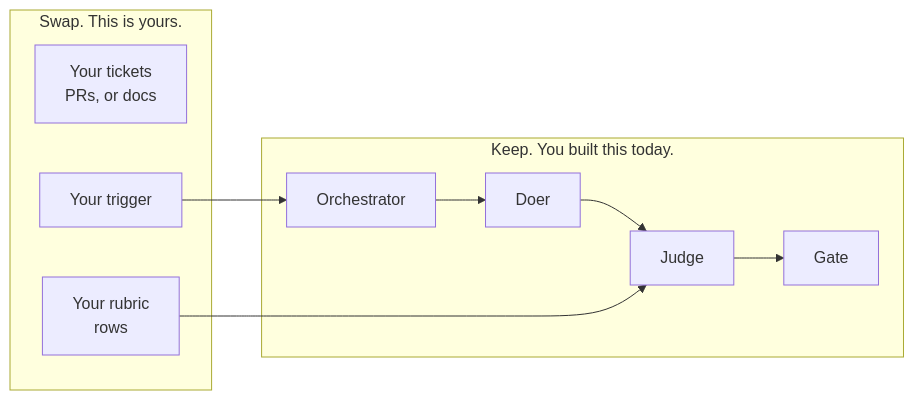
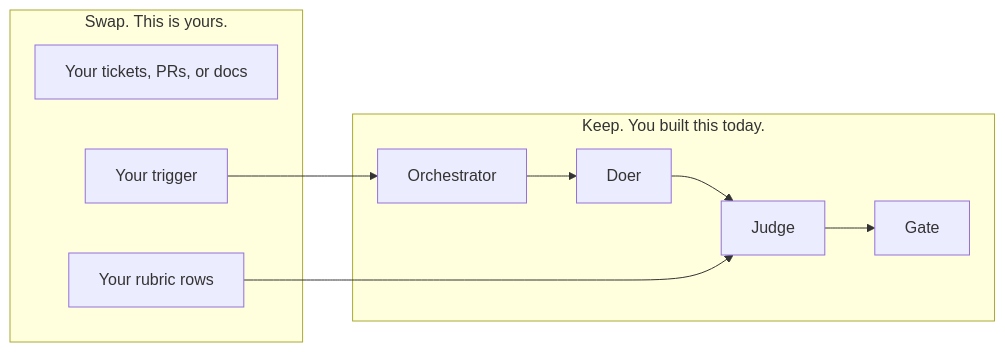
Diagram 19 of 24 in slides/session-4-production-architecture/slides.md (RichardHightower/reliable-agentic-lab), drawn with Mermaid before and after one commit. The commit also changed other lines of this file and 36 other files, not shown here.

First line of the commit message:
Expand Session 4 production architecture slides.

````diff
--- a/slides/session-4-production-architecture/slides.md
+++ b/slides/session-4-production-architecture/slides.md
@@ -241,15 +916,15 @@
 ```mermaid
 flowchart LR
-  subgraph keep [Keep. You built this today.]
-    O[Orchestrator] --> D[Doer]
-    D --> J[Judge]
-    J --> G[Gate]
+  subgraph keep ["Keep. You built this today."]
+    O["Orchestrator"] --> D["Doer"]
+    D --> J["Judge"]
+    J --> G["Gate"]
   end
-  subgraph swap [Swap. This is yours.]
-    Obj[Your tickets<br/>PRs, or docs]
-    Trig[Your trigger]
-    Rub[Your rubric<br/>rows]
+  subgraph swap ["Swap. This is yours."]
+    Obj["Your tickets, PRs, or docs"]
+    Trig["Your trigger"]
+    Rub["Your rubric rows"]
   end
   Trig --> O
   Rub --> J
 ```
````
